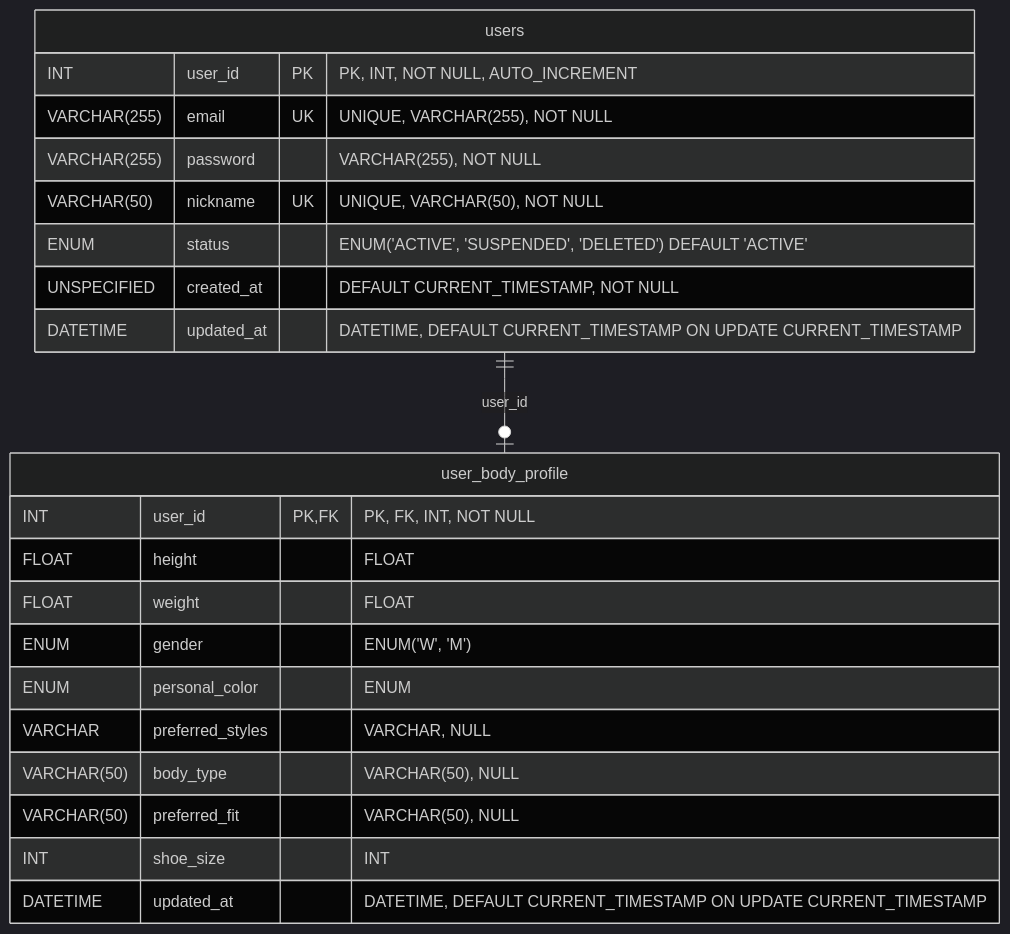
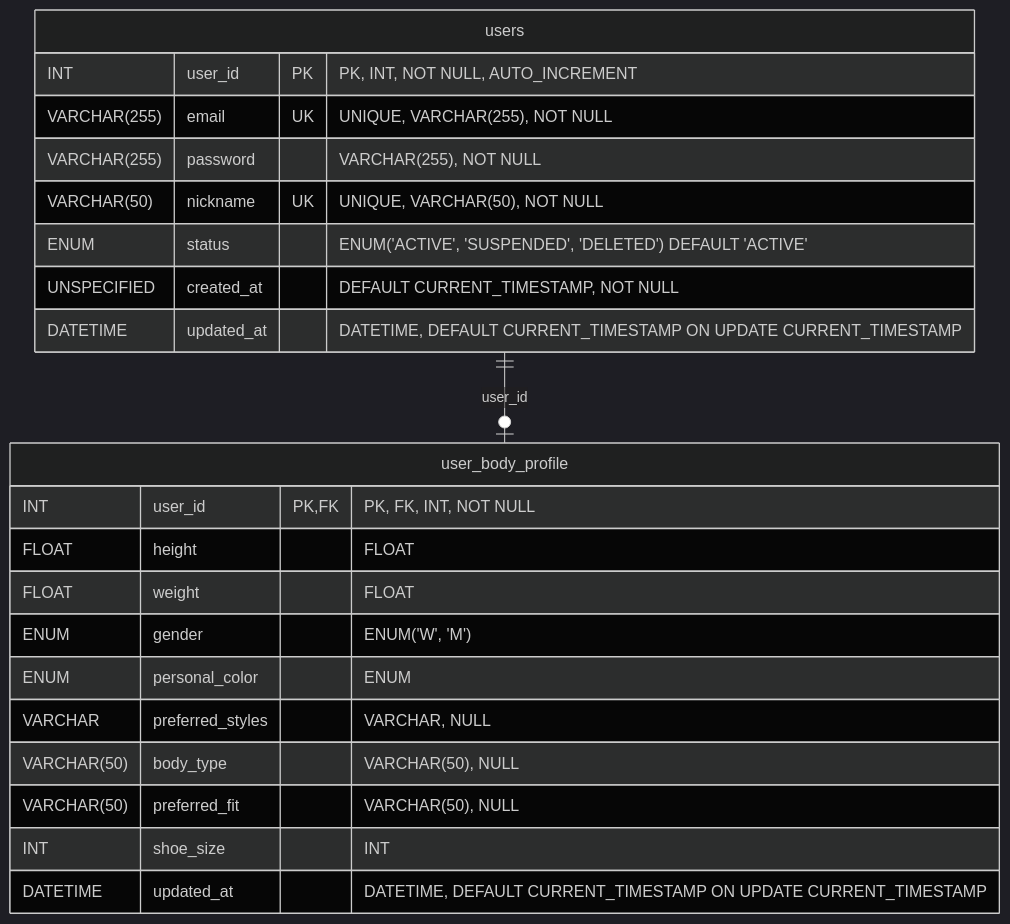
The diagram in diagrams/mermaid/user_db.mmd (KiwiFlavoredApollo/fitzza-entity-relationship-diagram), drawn with Mermaid (dark theme) before and after one commit. The commit also changed 18 other files, not shown here.

Commit message:
ELK 레이아웃으로 다이어그램을 그리도록 수정 GitHub Action에서 mermaid-cli@12.0.0 을 사용하도록 수정정

```diff
--- a/diagrams/mermaid/user_db.mmd
+++ b/diagrams/mermaid/user_db.mmd
@@ -1,44 +1,49 @@
+---
+config:
+  layout: elk
+  look: classic
+---
 %% Generated by scripts/generate_mermaid.mjs; edit fitzza-erd.mmd instead.
 erDiagram
     direction TB
     %% user_db: users / 회원
     %% Row 4: 사용자 아이디
     %% Row 5: 이메일 — 이메일로 로그인 (소셜 로그인 미지원)
     %% Row 6: 비밀번호 — 해시값 저장 (평문 저장 금지)
     %% Row 7: 닉네임
     %% Row 8: 계정 상태
     %% Row 9: 가입일
     %% Row 10: 수정일
     users {
         INT user_id PK "PK, INT, NOT NULL, AUTO_INCREMENT"
         VARCHAR(255) email UK "UNIQUE, VARCHAR(255), NOT NULL"
         VARCHAR(255) password "VARCHAR(255), NOT NULL"
         VARCHAR(50) nickname UK "UNIQUE, VARCHAR(50), NOT NULL"
         ENUM status "ENUM('ACTIVE', 'SUSPENDED', 'DELETED') DEFAULT 'ACTIVE'"
         UNSPECIFIED created_at "DEFAULT CURRENT_TIMESTAMP, NOT NULL"
         DATETIME updated_at "DATETIME, DEFAULT CURRENT_TIMESTAMP ON UPDATE CURRENT_TIMESTAMP"
     }
     %% user_db: user_body_profile / 사용자 신체정보
     %% Row 11: 사용자 아이디 — user_db.users 참조
     %% Row 12: 키 — NULL 허용 — 온보딩에서 건너뛸 수 있음(PRF-01), 미입력 시 사이즈 추천 생략
     %% Row 13: 체중 — NULL 허용 — 온보딩에서 건너뛸 수 있음(PRF-01), 미입력 시 사이즈 추천 생략
     %% Row 14: 성별 — NULL
     %% Row 15: 퍼스널 컬러 — MVP 미사용 — 요구사항 정의서에 해당 기능 없음 (추후 확장용)
     %% Row 16: 선호 스타일 — 복수 선택 가능해야 함 — 단일 ENUM으로는 다중 스타일 선호 표현 불가, 콤마 구분 다중값 또는 별도 매핑 테이블 필요 (포맷 미정이라 임시로 NULL 허용, 확정 후 NOT NULL 재검토)
     %% Row 17: 체형 — PRF-01 체형 선택 — 값 목록은 코드 상수로 관리
     %% Row 18: 선호 핏 — PRF-01 핏 선호 선택 — 상품 fit_type과 같은 값(regular/relaxed/slim/oversized 등) 사용
     %% Row 19: 신발사이즈
     %% Row 20: 수정일
     user_body_profile {
         INT user_id PK, FK "PK, FK, INT, NOT NULL"
         FLOAT height "FLOAT"
         FLOAT weight "FLOAT"
         ENUM gender "ENUM('W', 'M')"
         ENUM personal_color "ENUM"
         VARCHAR preferred_styles "VARCHAR, NULL"
         VARCHAR(50) body_type "VARCHAR(50), NULL"
         VARCHAR(50) preferred_fit "VARCHAR(50), NULL"
         INT shoe_size "INT"
         DATETIME updated_at "DATETIME, DEFAULT CURRENT_TIMESTAMP ON UPDATE CURRENT_TIMESTAMP"
     }
     users ||--o| user_body_profile : "user_id"
```
